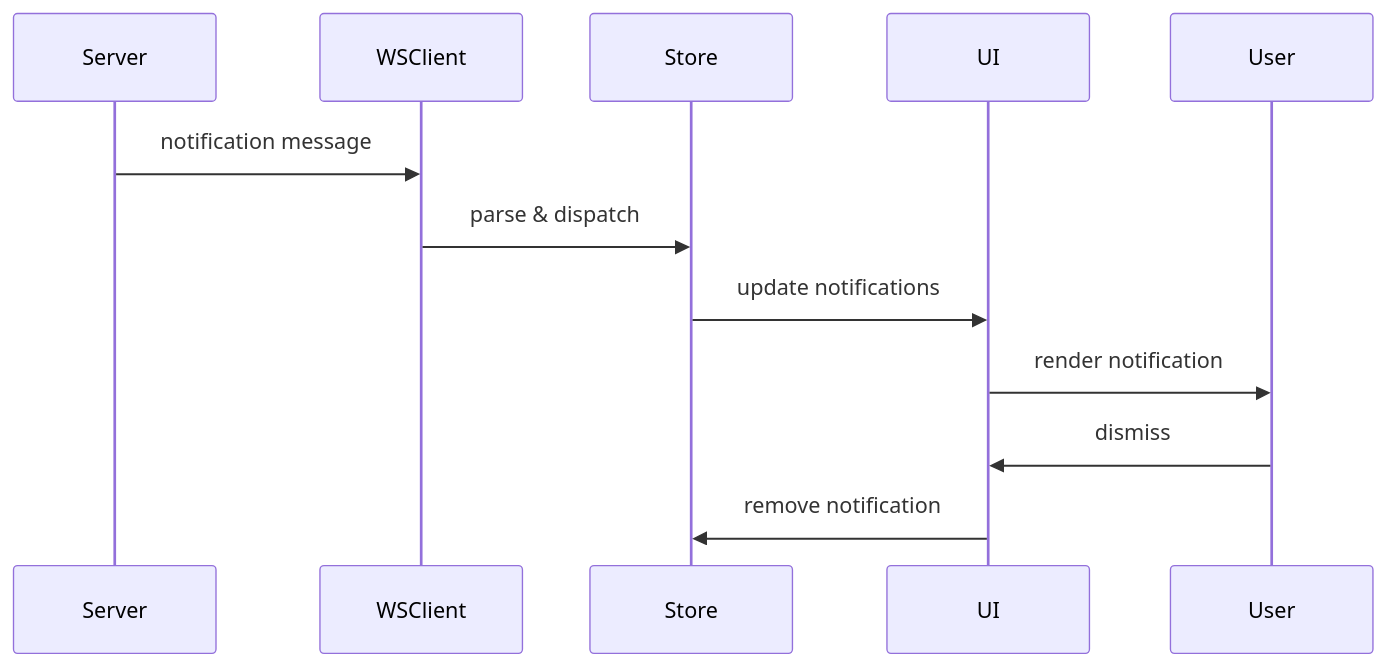
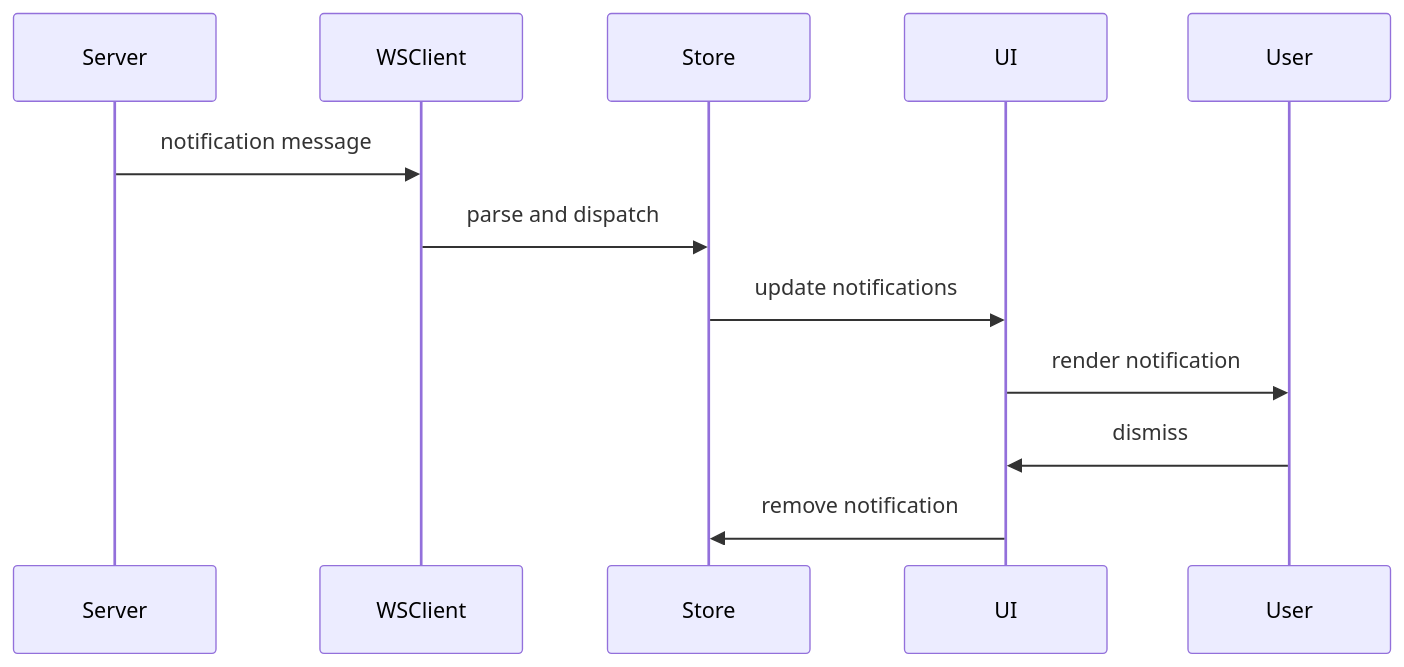
Before and after one commit to vinay-nethala/my-realtime-app: the third of 6 diagrams in README.md, drawn with Mermaid. The commit also changed other lines of this file, not shown here.

````diff
--- a/README.md
+++ b/README.md
@@ -61,14 +61,14 @@
 ```mermaid
 sequenceDiagram
     participant Server
     participant WSClient
     participant Store
     participant UI
 
     Server->>WSClient: notification message
-    WSClient->>Store: parse & dispatch
+    WSClient->>Store: parse and dispatch
     Store->>UI: update notifications
     UI->>User: render notification
     User->>UI: dismiss
     UI->>Store: remove notification
 ```
````
